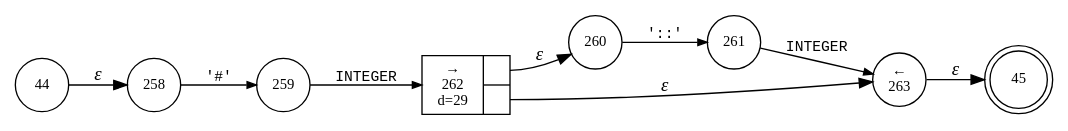
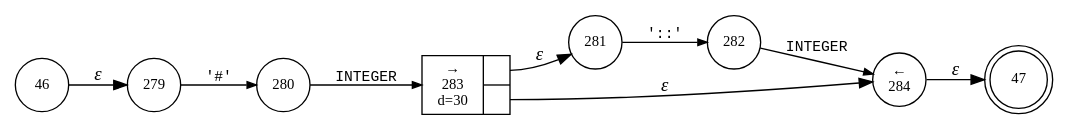
The diagram in internal/parser/Bund.index_term.dot (vulogov/Bund2), drawn with Graphviz before and after one commit. The commit also changed 74 other files, not shown here.

```diff
--- a/internal/parser/Bund.index_term.dot
+++ b/internal/parser/Bund.index_term.dot
@@ -1,19 +1,19 @@
 digraph ATN {
 rankdir=LR;
-s45[fontsize=11, label="45", shape=doublecircle, fixedsize=true, width=.6];
-s258[fontsize=11,label="258", shape=circle, fixedsize=true, width=.55, peripheries=1];
-s259[fontsize=11,label="259", shape=circle, fixedsize=true, width=.55, peripheries=1];
-s260[fontsize=11,label="260", shape=circle, fixedsize=true, width=.55, peripheries=1];
-s261[fontsize=11,label="261", shape=circle, fixedsize=true, width=.55, peripheries=1];
-s262[fontsize=11,label="{&rarr;\n262\nd=29|{<p0>|<p1>}}", shape=record, fixedsize=false, peripheries=1];
-s263[fontsize=11,label="&larr;\n263", shape=circle, fixedsize=true, width=.55, peripheries=1];
-s44[fontsize=11,label="44", shape=circle, fixedsize=true, width=.55, peripheries=1];
-s44 -> s258 [fontname="Times-Italic", label="&epsilon;"];
-s258 -> s259 [fontsize=11, fontname="Courier", arrowsize=.7, label = "'#'", arrowhead = normal];
-s259 -> s262 [fontsize=11, fontname="Courier", arrowsize=.7, label = "INTEGER", arrowhead = normal];
-s262:p0 -> s260 [fontname="Times-Italic", label="&epsilon;"];
-s262:p1 -> s263 [fontname="Times-Italic", label="&epsilon;"];
-s260 -> s261 [fontsize=11, fontname="Courier", arrowsize=.7, label = "'::'", arrowhead = normal];
-s263 -> s45 [fontname="Times-Italic", label="&epsilon;"];
-s261 -> s263 [fontsize=11, fontname="Courier", arrowsize=.7, label = "INTEGER", arrowhead = normal];
+s47[fontsize=11, label="47", shape=doublecircle, fixedsize=true, width=.6];
+s279[fontsize=11,label="279", shape=circle, fixedsize=true, width=.55, peripheries=1];
+s280[fontsize=11,label="280", shape=circle, fixedsize=true, width=.55, peripheries=1];
+s281[fontsize=11,label="281", shape=circle, fixedsize=true, width=.55, peripheries=1];
+s282[fontsize=11,label="282", shape=circle, fixedsize=true, width=.55, peripheries=1];
+s283[fontsize=11,label="{&rarr;\n283\nd=30|{<p0>|<p1>}}", shape=record, fixedsize=false, peripheries=1];
+s284[fontsize=11,label="&larr;\n284", shape=circle, fixedsize=true, width=.55, peripheries=1];
+s46[fontsize=11,label="46", shape=circle, fixedsize=true, width=.55, peripheries=1];
+s46 -> s279 [fontname="Times-Italic", label="&epsilon;"];
+s279 -> s280 [fontsize=11, fontname="Courier", arrowsize=.7, label = "'#'", arrowhead = normal];
+s280 -> s283 [fontsize=11, fontname="Courier", arrowsize=.7, label = "INTEGER", arrowhead = normal];
+s283:p0 -> s281 [fontname="Times-Italic", label="&epsilon;"];
+s283:p1 -> s284 [fontname="Times-Italic", label="&epsilon;"];
+s281 -> s282 [fontsize=11, fontname="Courier", arrowsize=.7, label = "'::'", arrowhead = normal];
+s284 -> s47 [fontname="Times-Italic", label="&epsilon;"];
+s282 -> s284 [fontsize=11, fontname="Courier", arrowsize=.7, label = "INTEGER", arrowhead = normal];
 }
```
